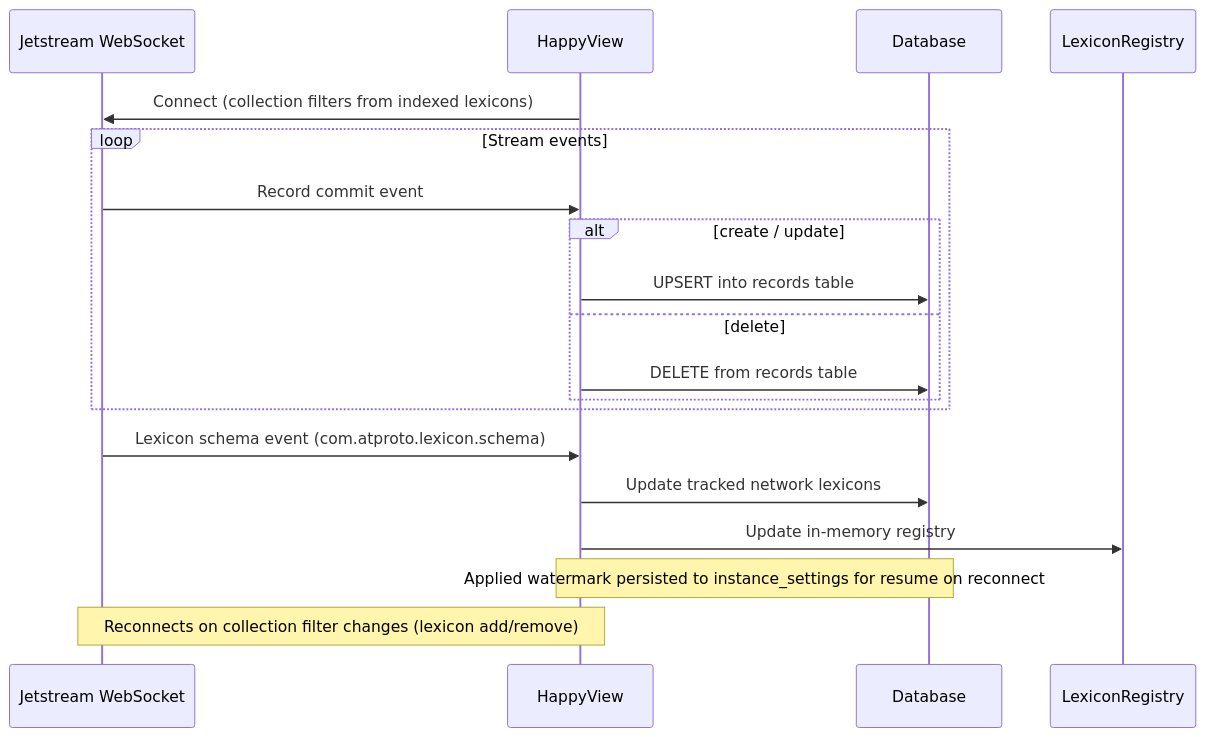
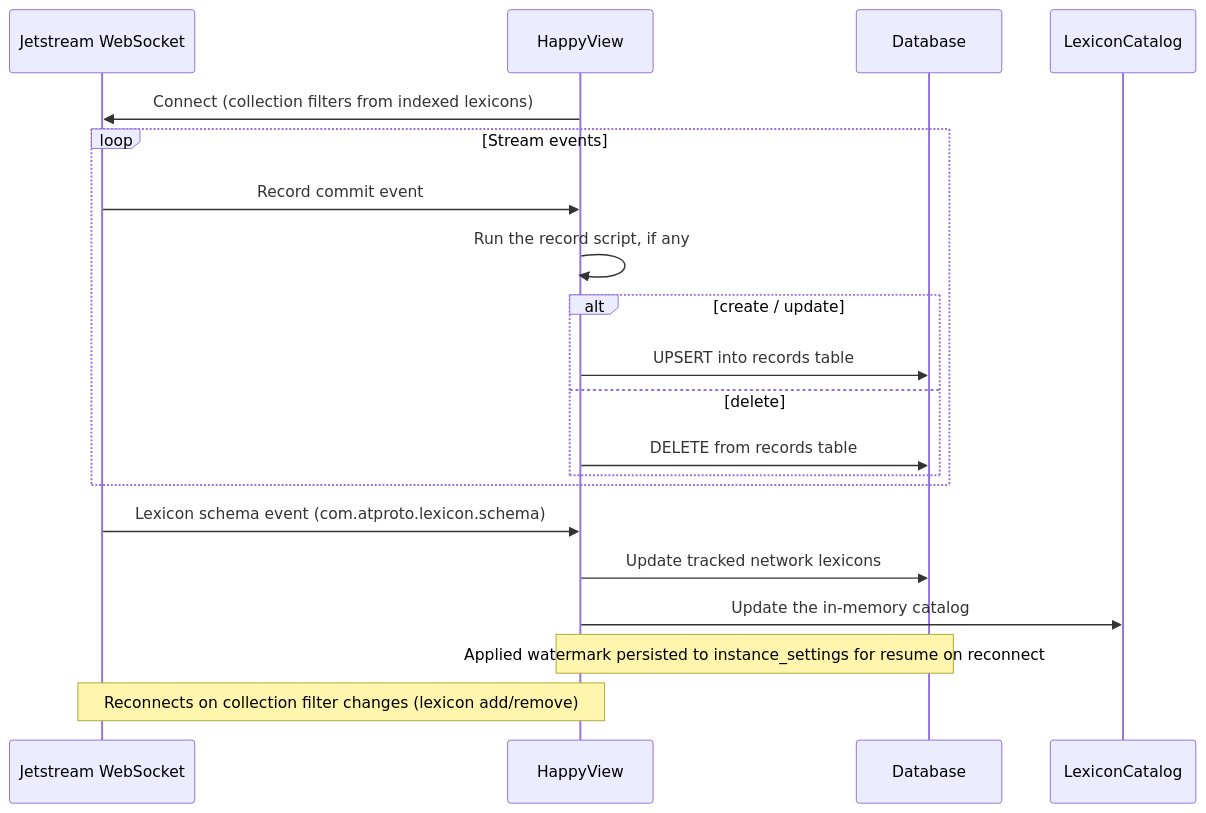
One commit to happyproto/happyview-docs changed the sixth of 7 diagrams in src/content/docs/docs/architecture/index.md. Above: the diagram before and after it, drawn with Mermaid. The commit also changed other lines of this file and 126 other files, not shown here.

````diff
--- a/src/content/docs/docs/architecture/index.md
+++ b/src/content/docs/docs/architecture/index.md
@@ -127,23 +154,24 @@
 ```mermaid
 sequenceDiagram
     accTitle: Real-time indexing
     participant J as Jetstream WebSocket
     participant H as HappyView
     participant D as Database
-    participant R as LexiconRegistry
+    participant R as LexiconCatalog
 
     H->>J: Connect (collection filters from indexed lexicons)
     loop Stream events
         J->>H: Record commit event
+        H->>H: Run the record script, if any
         alt create / update
             H->>D: UPSERT into records table
         else delete
             H->>D: DELETE from records table
         end
     end
     J->>H: Lexicon schema event (com.atproto.lexicon.schema)
     H->>D: Update tracked network lexicons
-    H->>R: Update in-memory registry
+    H->>R: Update the in-memory catalog
     Note over H,D: Applied watermark persisted to instance_settings for resume on reconnect
     Note over H,J: Reconnects on collection filter changes (lexicon add/remove)
 ```
````
